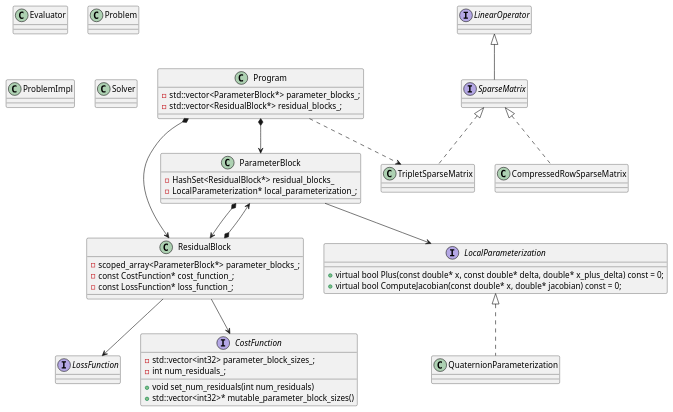
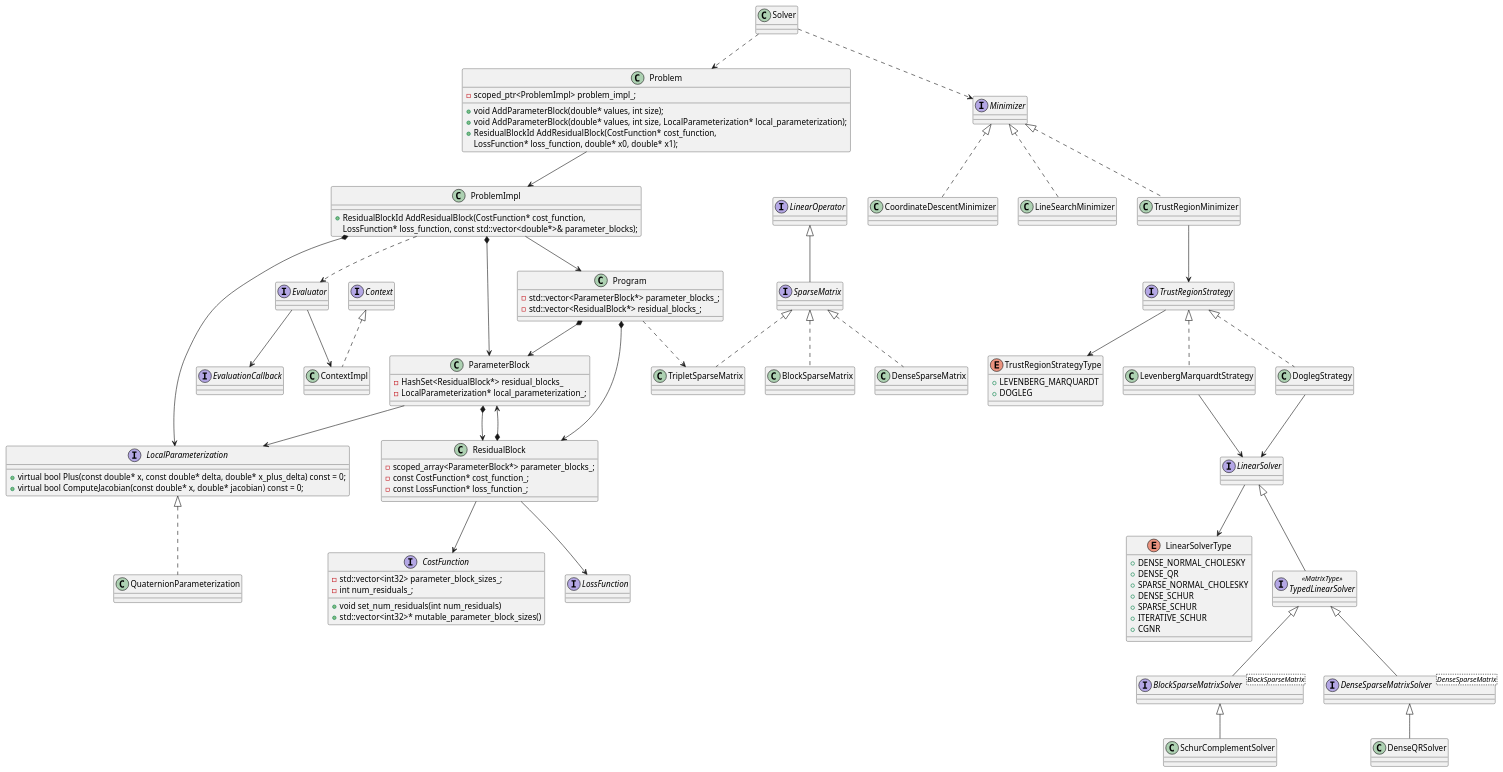
The diagram in tiny_ceres_solver/doc/uml/ceres.puml (weihaoysgs/vio-hello-world-impl), drawn with PlantUML before and after one commit. The commit also changed 1 other file, not shown here.

```diff
--- a/tiny_ceres_solver/doc/uml/ceres.puml
+++ b/tiny_ceres_solver/doc/uml/ceres.puml
@@ -3,64 +3,142 @@
 @startuml
 
 class ParameterBlock {
   - HashSet<ResidualBlock*> residual_blocks_
   - LocalParameterization* local_parameterization_;
 }
 class ResidualBlock {
   - scoped_array<ParameterBlock*> parameter_blocks_;
   - const CostFunction* cost_function_;
   - const LossFunction* loss_function_;
 }
 class Program {
   - std::vector<ParameterBlock*> parameter_blocks_;
   - std::vector<ResidualBlock*> residual_blocks_;
 }
 class TripletSparseMatrix
 class QuaternionParameterization
-class Evaluator
-class Problem
-class ProblemImpl
+class Problem {
+  - scoped_ptr<ProblemImpl> problem_impl_;
+  + void AddParameterBlock(double* values, int size);
+  + void AddParameterBlock(double* values, int size, LocalParameterization* local_parameterization);
+  + ResidualBlockId AddResidualBlock(CostFunction* cost_function,
+                                   LossFunction* loss_function, double* x0, double* x1);
+}
+class ProblemImpl {
+  + ResidualBlockId AddResidualBlock(CostFunction* cost_function,
+      LossFunction* loss_function, const std::vector<double*>& parameter_blocks);
+}
+' class Solver
+' class CompressedRowSparseMatrix
+class LineSearchMinimizer
+class TrustRegionMinimizer
+class CoordinateDescentMinimizer
+class DoglegStrategy
+class LevenbergMarquardtStrategy
+class DenseSparseMatrix
+class BlockSparseMatrix
+class DenseQRSolver
 class Solver
-class CompressedRowSparseMatrix
+class SchurComplementSolver
 
+interface Evaluator
 interface LossFunction
+interface EvaluationCallback
 interface CostFunction {
   + void set_num_residuals(int num_residuals)
   + std::vector<int32>* mutable_parameter_block_sizes()
   - std::vector<int32> parameter_block_sizes_;
   - int num_residuals_;
 }
 interface SparseMatrix
 interface LinearOperator
 interface LocalParameterization {
   + virtual bool Plus(const double* x, const double* delta, double* x_plus_delta) const = 0;
   + virtual bool ComputeJacobian(const double* x, double* jacobian) const = 0;
 }
+interface Context
+interface Minimizer
+interface TrustRegionStrategy
+interface LinearSolver
+interface BlockSparseMatrixSolver<BlockSparseMatrix> {
+
+}
+interface TypedLinearSolver  <<MatrixType>>
+interface DenseSparseMatrixSolver<DenseSparseMatrix> {
+
+}
+
+
+enum LinearSolverType {
+  + DENSE_NORMAL_CHOLESKY
+  + DENSE_QR
+  + SPARSE_NORMAL_CHOLESKY
+  + DENSE_SCHUR
+  + SPARSE_SCHUR
+  + ITERATIVE_SCHUR
+  + CGNR
+}
+
+enum TrustRegionStrategyType {
+  + LEVENBERG_MARQUARDT
+  + DOGLEG
+}
 
 ' interface impl
-SparseMatrix <|.. TripletSparseMatrix
-SparseMatrix <|.. CompressedRowSparseMatrix
+SparseMatrix          <|.. TripletSparseMatrix
+' SparseMatrix          <|.. CompressedRowSparseMatrix
+SparseMatrix          <|.. DenseSparseMatrix
+SparseMatrix          <|.. BlockSparseMatrix
 LocalParameterization <|.. QuaternionParameterization
+Context               <|.. ContextImpl
+Minimizer               <|.. LineSearchMinimizer
+Minimizer               <|.. TrustRegionMinimizer
+Minimizer               <|.. CoordinateDescentMinimizer
+TrustRegionStrategy     <|.. DoglegStrategy
+TrustRegionStrategy     <|.. LevenbergMarquardtStrategy
 
-LinearOperator <|-- SparseMatrix
+' template
+' TypedLinearSolver       <|.. DenseSparseMatrixSolver
+' DenseSparseMatrixSolver *- DenseSparseMatrix
+
+' TypedLinearSolver       <|.. BlockSparseMatrixSolver
+' BlockSparseMatrixSolver *- BlockSparseMatrix
+
+' inherit(fathre:son)
+LinearOperator              <|-- SparseMatrix
+LinearSolver                <|-- TypedLinearSolver
+DenseSparseMatrixSolver     <|-- DenseQRSolver
+BlockSparseMatrixSolver     <|-- SchurComplementSolver
+TypedLinearSolver           <|-- BlockSparseMatrixSolver
+TypedLinearSolver           <|-- DenseSparseMatrixSolver
 
 
-' ## assocation（konws a）##
-' An object knows about the existence of another object, 
-' and the object holds a pointer or reference to the other object.
-' ResdidualBlock have a LossFunction* or &LossFunction
+' Assocation(have a pointer representation other object)
 ResidualBlock --> LossFunction 
 ResidualBlock --> CostFunction
 ParameterBlock --> LocalParameterization
+Evaluator --> EvaluationCallback
+LinearSolver --> LinearSolverType
+Evaluator --> ContextImpl
+ProblemImpl --> Program
+Problem --> ProblemImpl
+TrustRegionMinimizer --> TrustRegionStrategy
+DoglegStrategy --> LinearSolver
+LevenbergMarquardtStrategy --> LinearSolver
+TrustRegionStrategy --> TrustRegionStrategyType
 
 ' Aggregation
 ParameterBlock *--> ResidualBlock
 ResidualBlock  *--> ParameterBlock
 Program        *--> ResidualBlock
 Program        *--> ParameterBlock
+ProblemImpl    *--> ParameterBlock
+ProblemImpl    *--> LocalParameterization
 
 ' dependency
 Program ..> TripletSparseMatrix
-
+ProblemImpl ..> Evaluator
+Solver ..> Problem
+Solver ..> Minimizer
 
 @enduml
```
